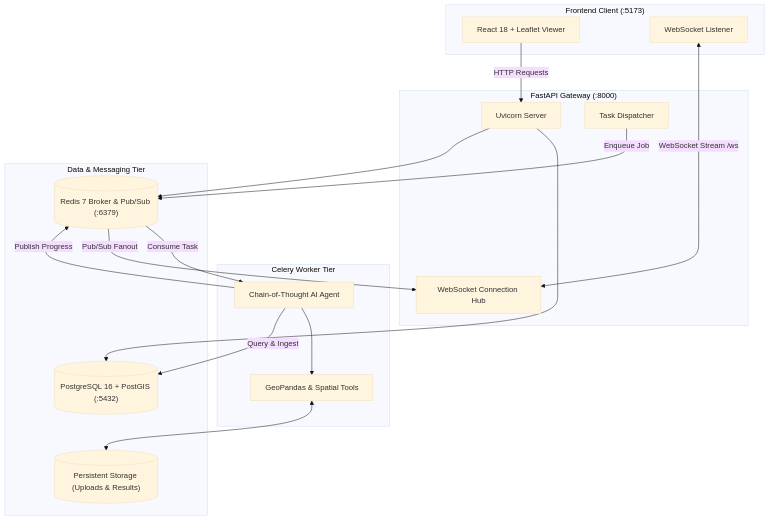
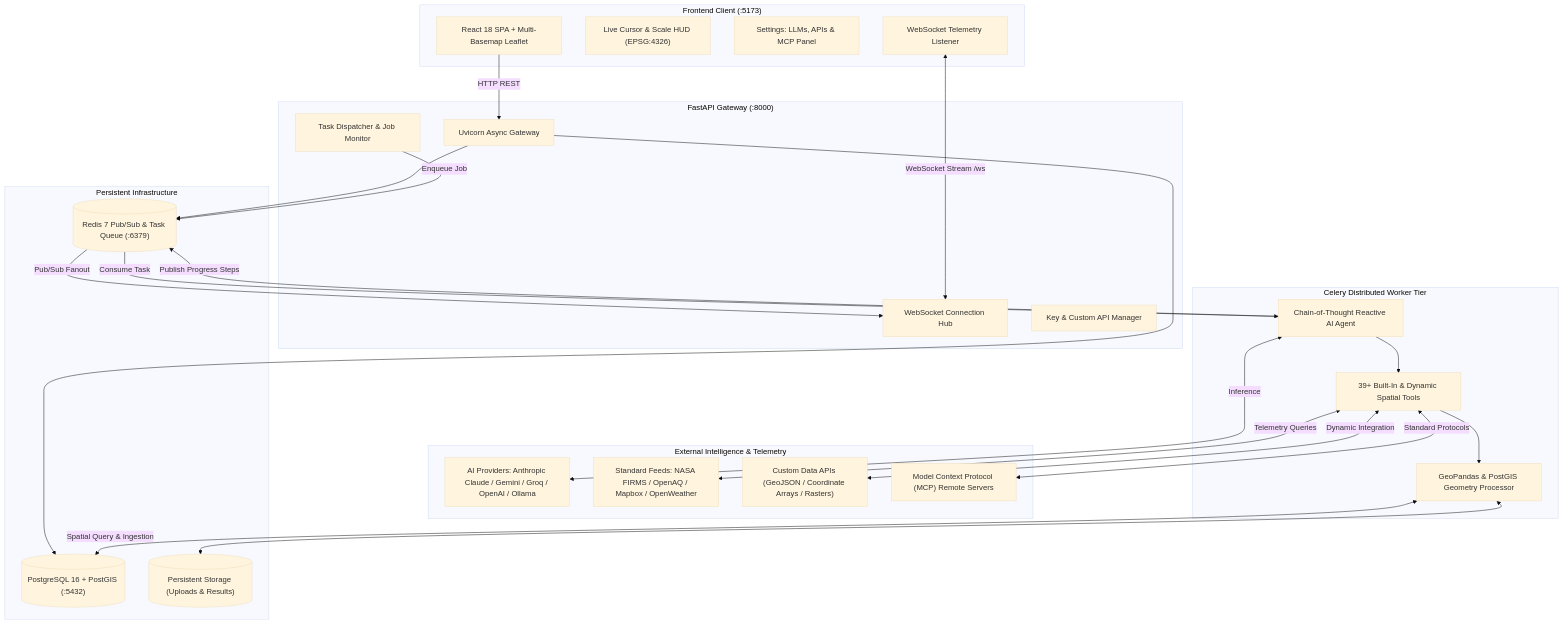
The diagram in README.md (Parth354/COT-Geospatial), drawn with Mermaid (base theme) before and after one commit. The commit also changed other lines of this file and 18 other files, not shown here.

Commit message:
feat: add Anthropic Claude support, model selector, upgraded Leaflet basemaps, and clean documentation

````diff
--- a/README.md
+++ b/README.md
@@ -16,36 +17,52 @@
 ```mermaid
 flowchart TD
     subgraph Client ["Frontend Client (:5173)"]
-        UI["React 18 + Leaflet Viewer"]
-        WS["WebSocket Listener"]
+        UI["React 18 SPA + Multi-Basemap Leaflet"]
+        HUD["Live Cursor & Scale HUD (EPSG:4326)"]
+        Settings["Settings: LLMs, APIs & MCP Panel"]
+        WS["WebSocket Telemetry Listener"]
     end
 
     subgraph API ["FastAPI Gateway (:8000)"]
-        Server["Uvicorn Server"]
+        Server["Uvicorn Async Gateway"]
         WSManager["WebSocket Connection Hub"]
-        TaskQueue["Task Dispatcher"]
+        TaskQueue["Task Dispatcher & Job Monitor"]
+        SettingsRoutes["Key & Custom API Manager"]
     end
 
-    subgraph Worker ["Celery Worker Tier"]
-        Agent["Chain-of-Thought AI Agent"]
-        GeoEngine["GeoPandas & Spatial Tools"]
+    subgraph Worker ["Celery Distributed Worker Tier"]
+        Agent["Chain-of-Thought Reactive AI Agent"]
+        ToolRegistry["39+ Built-In & Dynamic Spatial Tools"]
+        GeoEngine["GeoPandas & PostGIS Geometry Processor"]
     end
 
-    subgraph Data ["Data & Messaging Tier"]
+    subgraph External ["External Intelligence & Telemetry"]
+        LLM["AI Providers: Anthropic Claude / Gemini / Groq / OpenAI / Ollama"]
+        APIs["Standard Feeds: NASA FIRMS / OpenAQ / Mapbox / OpenWeather"]
+        CustomFeeds["Custom Data APIs (GeoJSON / Coordinate Arrays / Rasters)"]
+        MCPServers["Model Context Protocol (MCP) Remote Servers"]
+    end
+
+    subgraph Storage ["Persistent Infrastructure"]
         PostGIS[("PostgreSQL 16 + PostGIS (:5432)")]
-        RedisBroker[("Redis 7 Broker & Pub/Sub (:6379)")]
+        RedisBroker[("Redis 7 Pub/Sub & Task Queue (:6379)")]
         DiskStorage[("Persistent Storage (Uploads & Results)")]
     end
 
-    UI -->|HTTP Requests| Server
+    UI -->|HTTP REST| Server
     WS <-->|WebSocket Stream /ws| WSManager
     Server --> PostGIS
     Server --> RedisBroker
     TaskQueue -->|Enqueue Job| RedisBroker
     RedisBroker -->|Consume Task| Agent
-    Agent --> GeoEngine
-    Agent -->|Query & Ingest| PostGIS
+    Agent <-->|Inference| LLM
+    Agent --> ToolRegistry
+    ToolRegistry <-->|Telemetry Queries| APIs
+    ToolRegistry <-->|Dynamic Integration| CustomFeeds
+    ToolRegistry <-->|Standard Protocols| MCPServers
+    ToolRegistry --> GeoEngine
+    GeoEngine <-->|Spatial Query & Ingestion| PostGIS
     GeoEngine <--> DiskStorage
-    Agent -->|Publish Progress| RedisBroker
+    Agent -->|Publish Progress Steps| RedisBroker
     RedisBroker -->|Pub/Sub Fanout| WSManager
 ```
````
